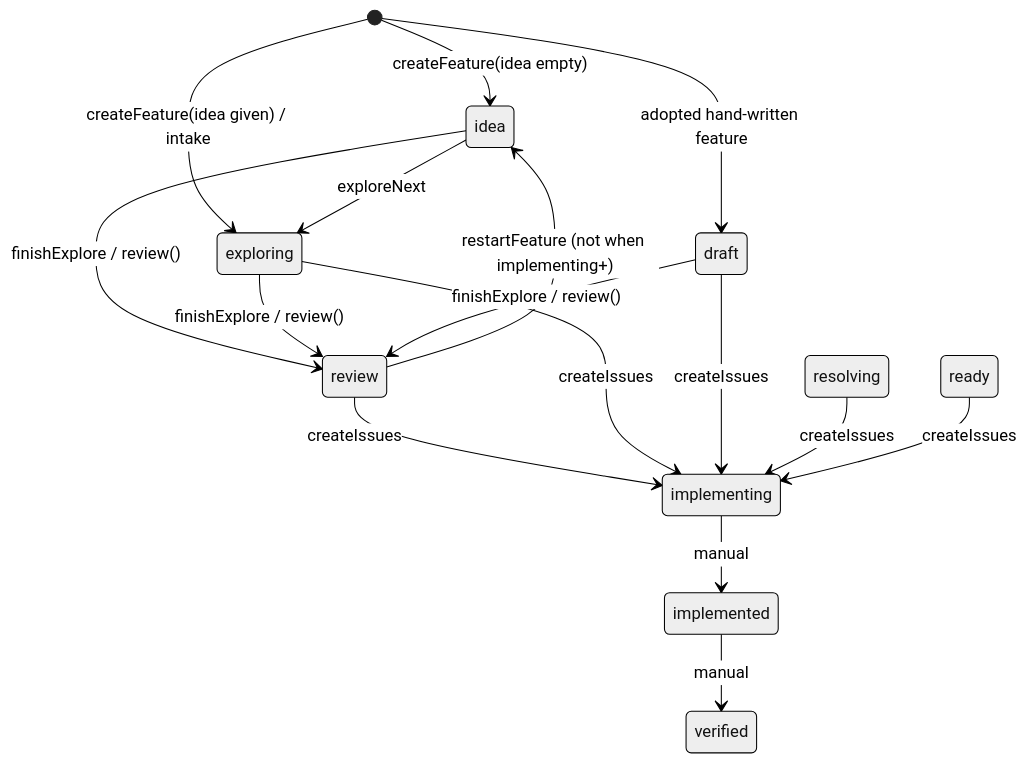
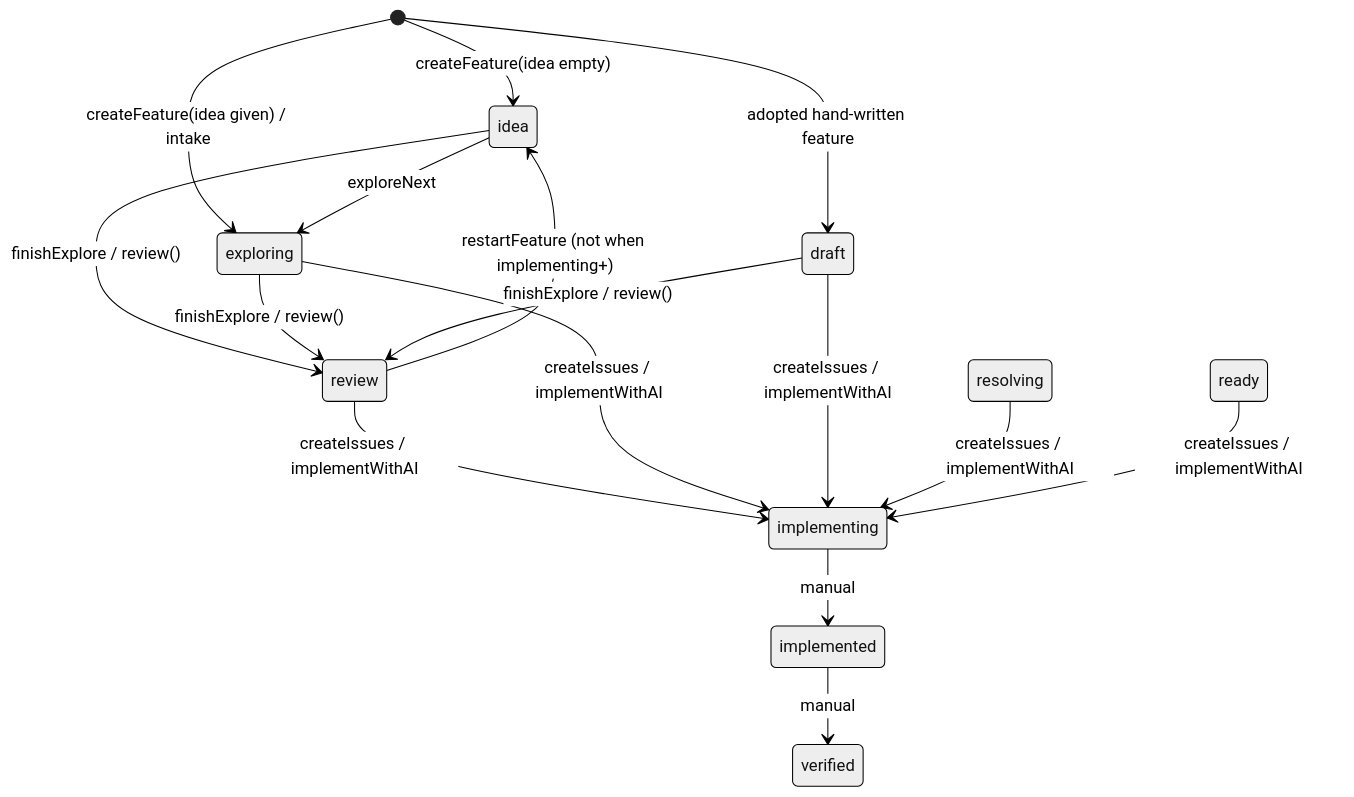
One commit to t-boris/MarkView changed the fifth of 5 diagrams in docs/architecture/modules/feature-workflow.md. Above: the diagram before and after it, drawn with Mermaid (neutral theme). The commit also changed other lines of this file and 10 other files, not shown here.

First line of the commit message:
fix: BUG-008 Implement with AI sets implementing and records the start at once (2.25.1)

````diff
--- a/docs/architecture/modules/feature-workflow.md
+++ b/docs/architecture/modules/feature-workflow.md
@@ -403,18 +403,18 @@
 ```mermaid
 stateDiagram-v2
     [*] --> idea: createFeature(idea empty)
     [*] --> exploring: createFeature(idea given) / intake
     [*] --> draft: adopted hand-written feature
     idea --> exploring: exploreNext
     idea --> review: finishExplore / review()
     exploring --> review: finishExplore / review()
     draft --> review: finishExplore / review()
-    review --> implementing: createIssues
-    exploring --> implementing: createIssues
-    draft --> implementing: createIssues
-    resolving --> implementing: createIssues
-    ready --> implementing: createIssues
+    review --> implementing: createIssues / implementWithAI
+    exploring --> implementing: createIssues / implementWithAI
+    draft --> implementing: createIssues / implementWithAI
+    resolving --> implementing: createIssues / implementWithAI
+    ready --> implementing: createIssues / implementWithAI
     implementing --> implemented: manual
     implemented --> verified: manual
     review --> idea: restartFeature (not when implementing+)
 ```
````
